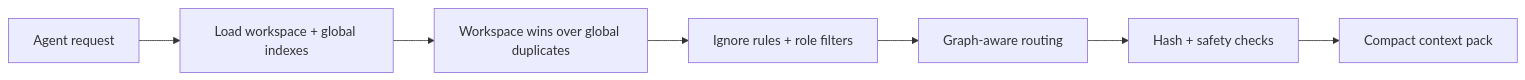
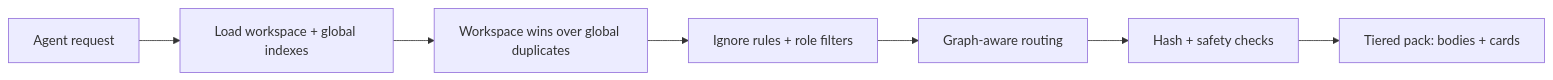
One commit to the-long-ride/engram changed the diagram in website/docs/concepts/read-path.md. Above: the diagram before and after it, drawn with Mermaid. The commit also changed other lines of this file and 24 other files, not shown here.

Commit message:
docs(en): update English documentation for host-native integrations and schema v3

````diff
--- a/website/docs/concepts/read-path.md
+++ b/website/docs/concepts/read-path.md
@@ -44,9 +60,9 @@
 ```mermaid
 flowchart LR
   A[Agent request] --> B[Load workspace + global indexes]
   B --> C[Workspace wins over global duplicates]
   C --> D[Ignore rules + role filters]
   D --> E[Graph-aware routing]
   E --> F[Hash + safety checks]
-  F --> G[Compact context pack]
+  F --> G[Tiered pack: bodies + cards]
 ```
````
